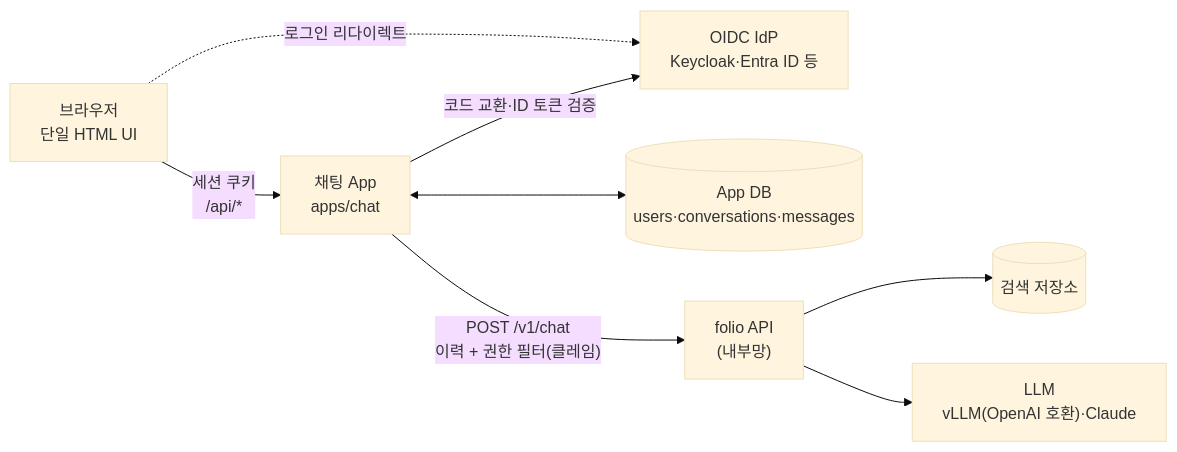
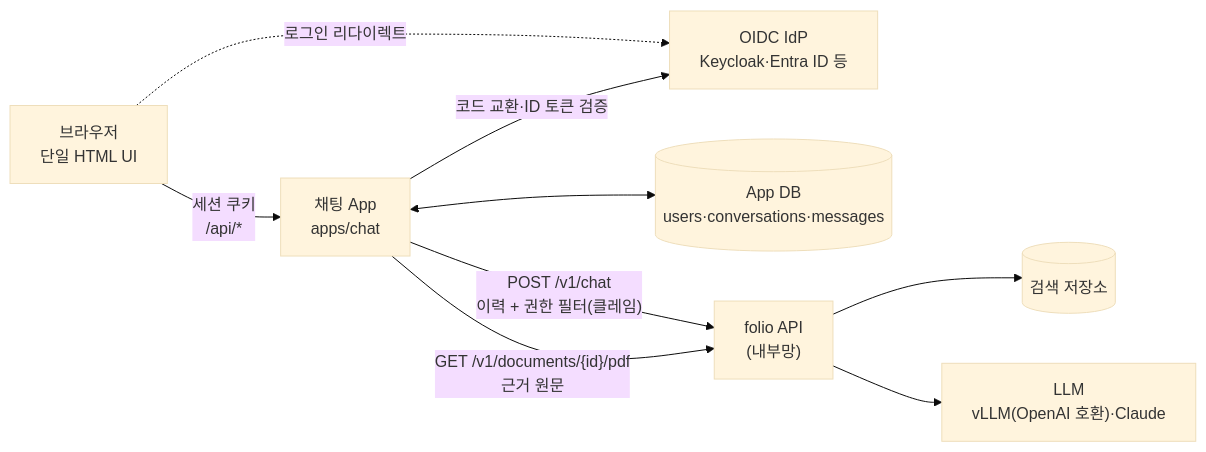
Before and after one commit to pilsu-choi/folio: the seventh of 10 diagrams in README.md, drawn with Mermaid (base theme). The commit also changed other lines of this file and 6 other files, not shown here.

````diff
--- a/README.md
+++ b/README.md
@@ -160,10 +160,11 @@
 ```mermaid
 flowchart LR
     U["브라우저<br/>단일 HTML UI"] -- "세션 쿠키<br/>/api/*" --> A["채팅 App<br/>apps/chat"]
     U -. "로그인 리다이렉트" .-> IdP["OIDC IdP<br/>Keycloak·Entra ID 등"]
     A -- "코드 교환·ID 토큰 검증" --> IdP
     A <--> DB[("App DB<br/>users·conversations·messages")]
     A -- "POST /v1/chat<br/>이력 + 권한 필터(클레임)" --> F["folio API<br/>(내부망)"]
+    A -- "GET /v1/documents/{id}/pdf<br/>근거 원문" --> F
     F --> S[("검색 저장소")]
     F --> L["LLM<br/>vLLM(OpenAI 호환)·Claude"]
 ```
````
